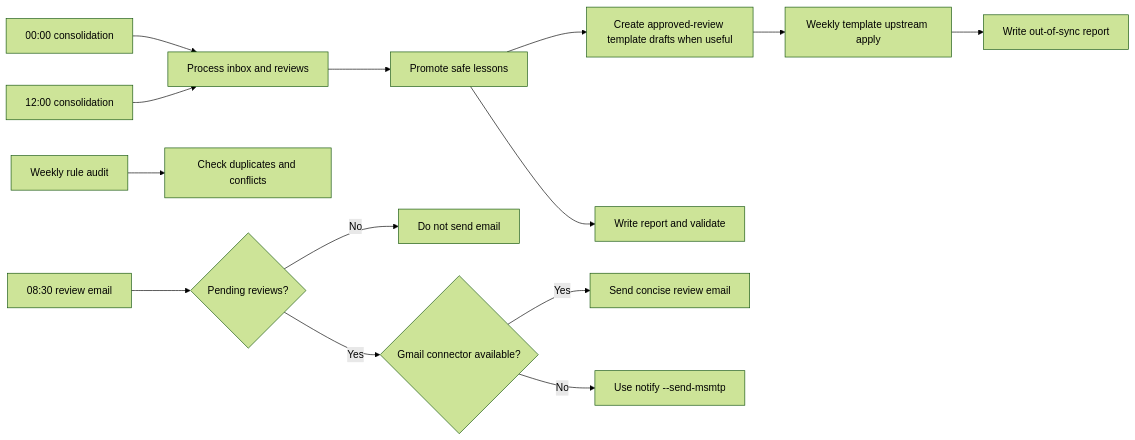
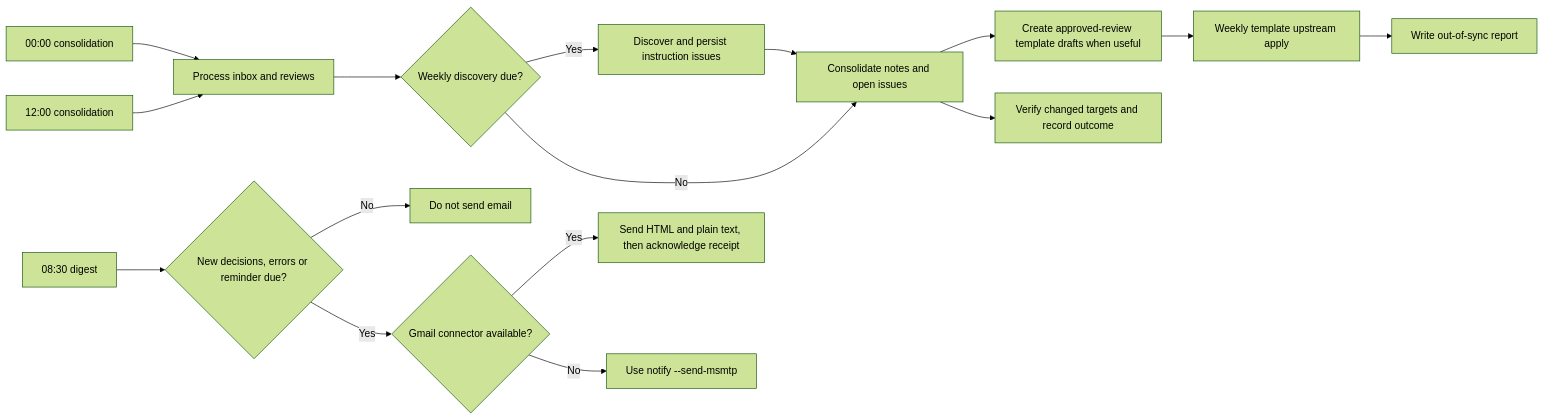
One commit to marcomc/agent-learning-system changed the sixth of 6 diagrams in README.md. Above: the diagram before and after it, drawn with Mermaid (forest theme). The commit also changed other lines of this file and 24 other files, not shown here.

````diff
--- a/README.md
+++ b/README.md
@@ -422,18 +457,20 @@
 ```mermaid
 flowchart LR
   accTitle: Scheduled automation flow
   accDescr: Shows consolidation and review email automation paths.
   midnight["00:00 consolidation"] --> consolidate["Process inbox and reviews"]
   noon["12:00 consolidation"] --> consolidate
-  consolidate --> promote["Promote safe lessons"]
+  consolidate --> weekly_due{"Weekly discovery due?"}
+  weekly_due -->|Yes| audit["Discover and persist instruction issues"]
+  weekly_due -->|No| promote["Consolidate notes and open issues"]
+  audit --> promote
   promote --> draft["Create approved-review template drafts when useful"]
-  promote --> report["Write report and validate"]
-  weekly["Weekly rule audit"] --> audit["Check duplicates and conflicts"]
+  promote --> report["Verify changed targets and record outcome"]
   draft --> template["Weekly template upstream apply"]
   template --> refresh["Write out-of-sync report"]
-  morning["08:30 review email"] --> pending{"Pending reviews?"}
+  morning["08:30 digest"] --> pending{"New decisions, errors or reminder due?"}
   pending -->|No| quiet["Do not send email"]
   pending -->|Yes| gmail{"Gmail connector available?"}
-  gmail -->|Yes| send_gmail["Send concise review email"]
+  gmail -->|Yes| send_gmail["Send HTML and plain text, then acknowledge receipt"]
   gmail -->|No| send_msmtp["Use notify --send-msmtp"]
 ```
````
